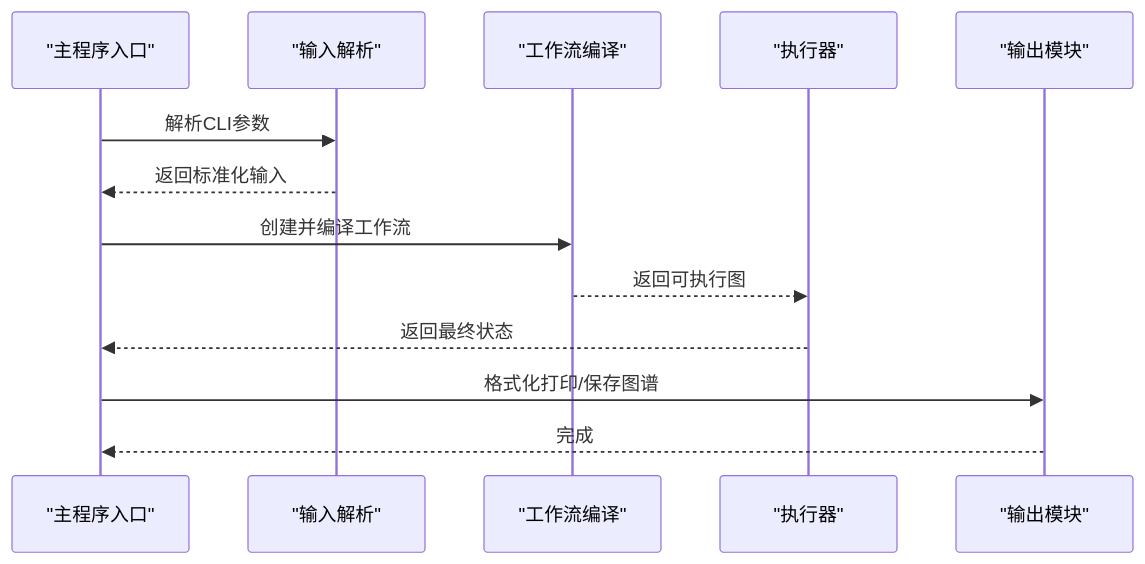
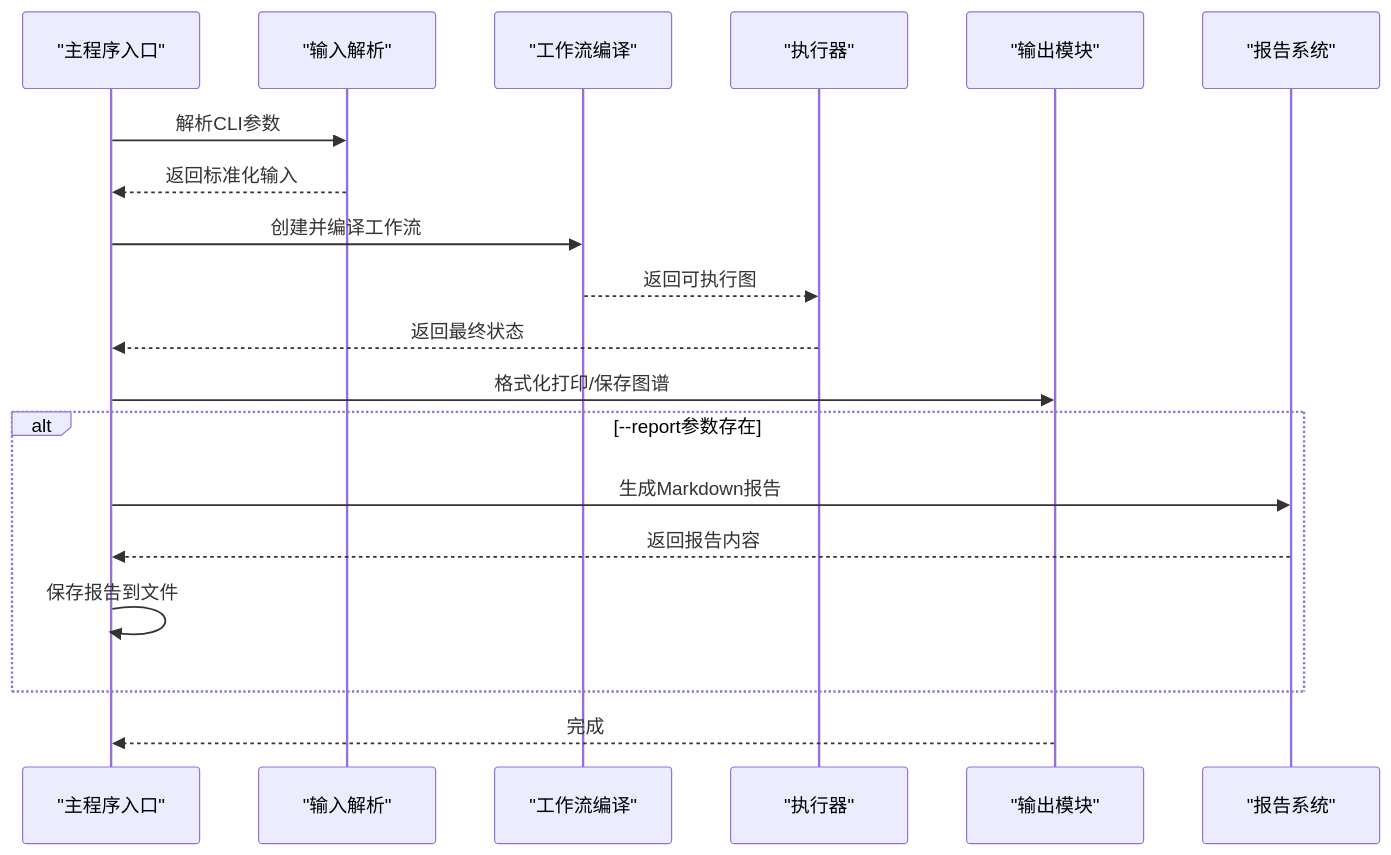
Before and after one commit to lichen14-hash/ai-hedge-fund: the fourth of 6 diagrams in .qoder/repowiki/zh/content/命令行界面.md, drawn with Mermaid. The commit also changed other lines of this file and 24 other files, not shown here.

````diff
--- a/.qoder/repowiki/zh/content/命令行界面.md
+++ b/.qoder/repowiki/zh/content/命令行界面.md
@@ -198,15 +210,21 @@
 ```mermaid
 sequenceDiagram
 participant Main as "主程序入口"
 participant Inputs as "输入解析"
 participant Workflow as "工作流编译"
 participant Exec as "执行器"
 participant Display as "输出模块"
+participant Report as "报告系统"
 Main->>Inputs : 解析CLI参数
 Inputs-->>Main : 返回标准化输入
 Main->>Workflow : 创建并编译工作流
 Workflow-->>Exec : 返回可执行图
 Exec-->>Main : 返回最终状态
 Main->>Display : 格式化打印/保存图谱
+alt --report参数存在
+Main->>Report : 生成Markdown报告
+Report-->>Main : 返回报告内容
+Main->>Main : 保存报告到文件
+end
 Display-->>Main : 完成
 ```
````
